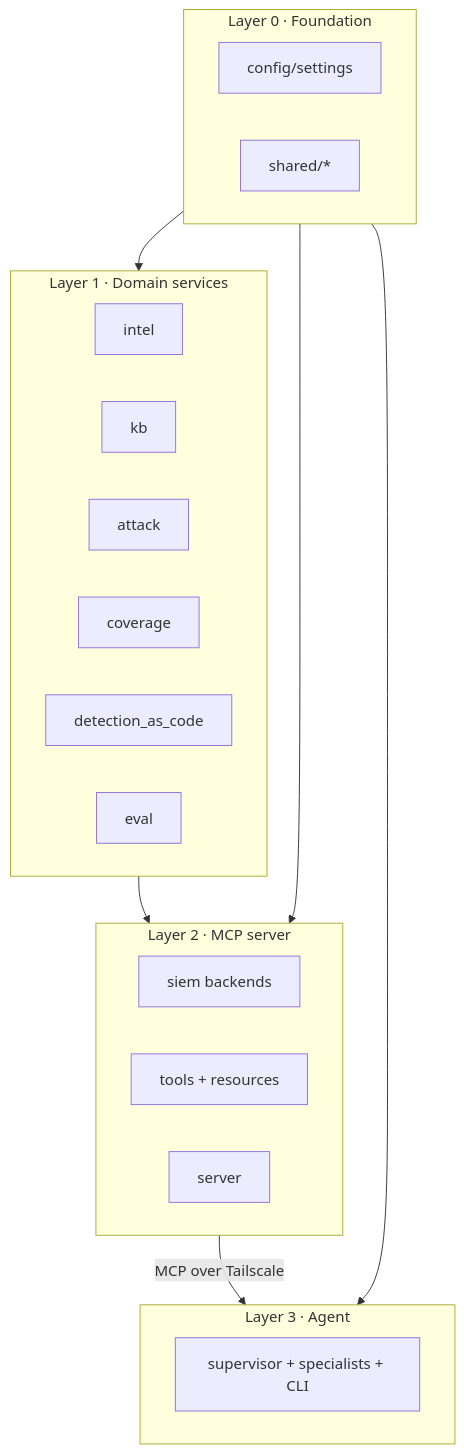
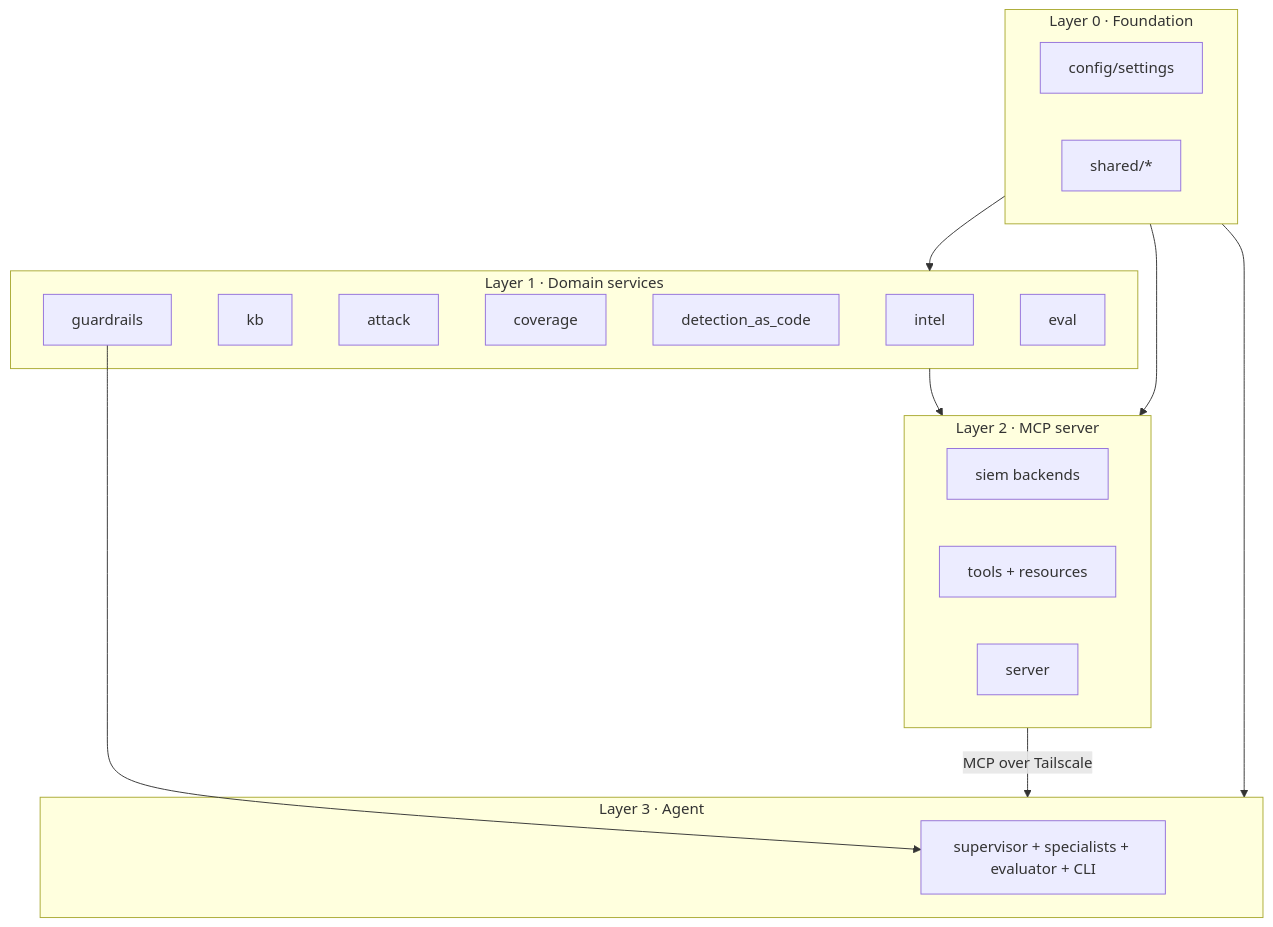
Before and after one commit to akshayjain-1/ADEPT-Agentic-Detection-Engineering-Orchestration-Pipeline-and-Tuning: the second of 8 diagrams in README.md, drawn with Mermaid. The commit also changed other lines of this file and 36 other files, not shown here.

````diff
--- a/README.md
+++ b/README.md
@@ -119,27 +133,29 @@
 ```mermaid
 flowchart TD
     subgraph L0["Layer 0 · Foundation"]
         CFG[config/settings]
         SH[shared/*]
     end
     subgraph L1["Layer 1 · Domain services"]
         INTEL[intel]
         KB[kb]
         ATK[attack]
         COV[coverage]
         DAC[detection_as_code]
+        GR[guardrails]
         EVAL[eval]
     end
     subgraph L2["Layer 2 · MCP server"]
         SIEMB[siem backends]
         TOOLS[tools + resources]
         SRV[server]
     end
     subgraph L3["Layer 3 · Agent"]
-        AGENT[supervisor + specialists + CLI]
+        AGENT[supervisor + specialists + evaluator + CLI]
     end
     L0 --> L1 --> L2
     L2 -->|MCP over Tailscale| L3
     L0 --> L2
     L0 --> L3
+    GR --> AGENT
 ```
````
